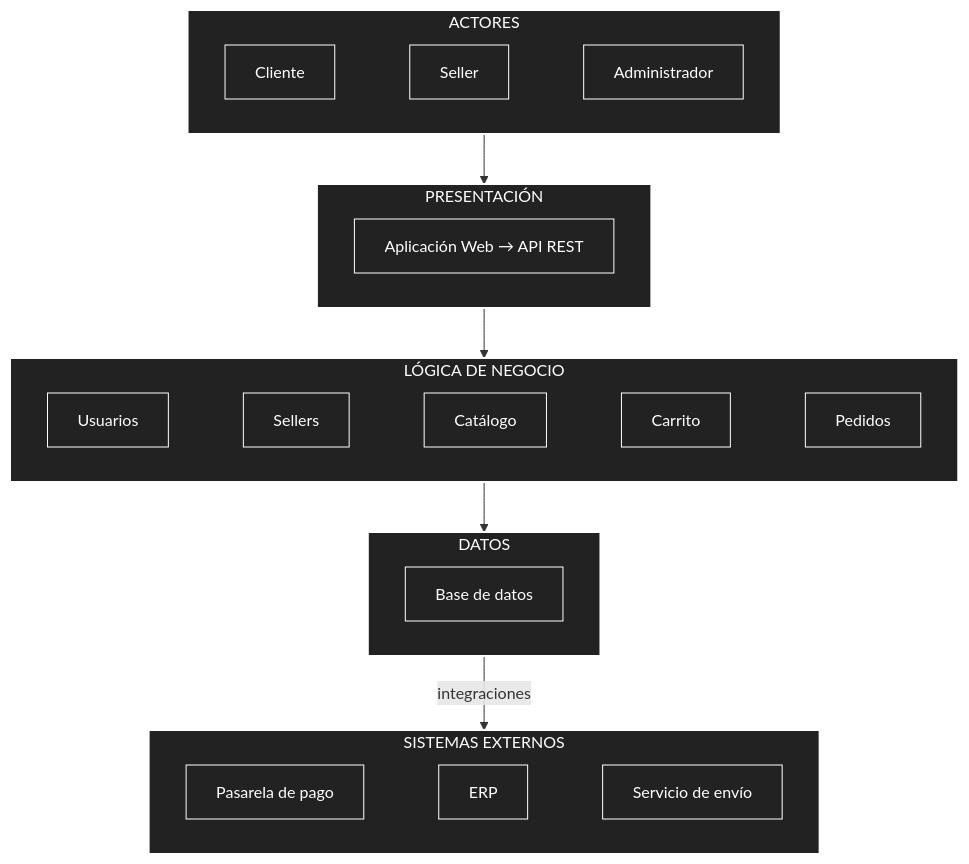
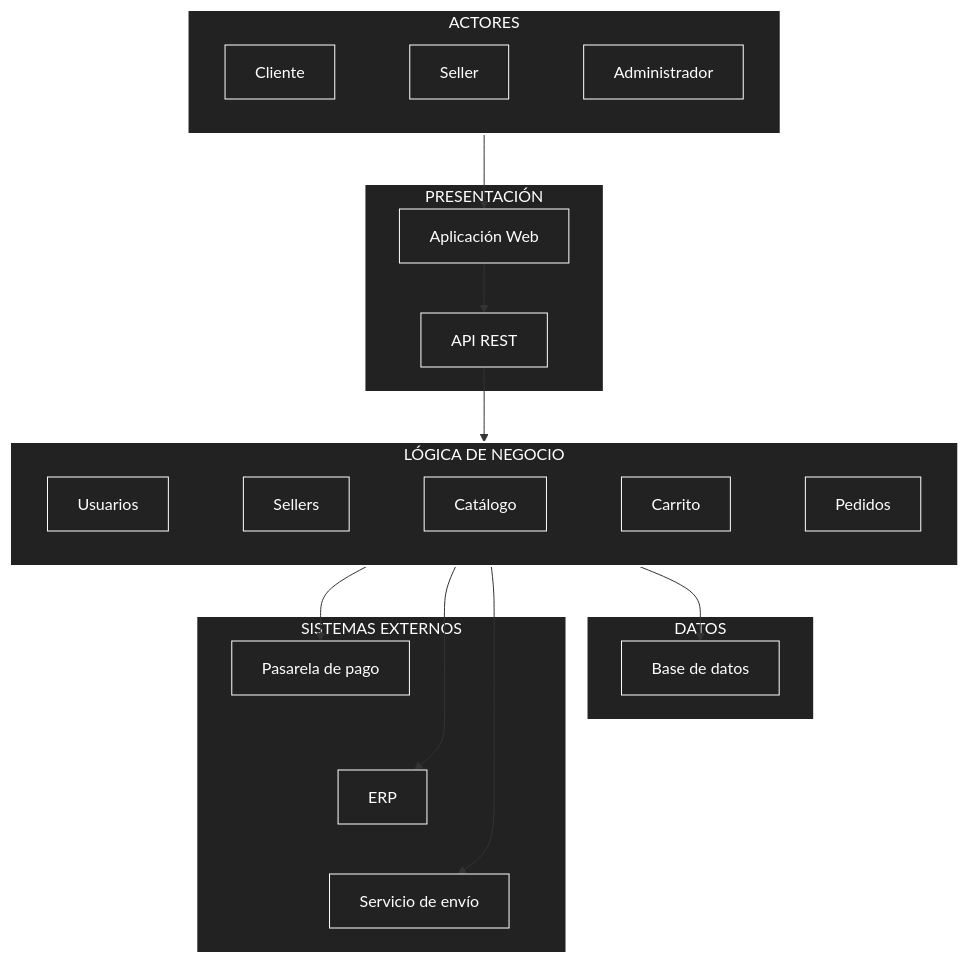
Before and after one commit to Crisso29/Marketplace-arquitSoft-02-CrisologoAguilar: the diagram in docs/02-arquitectura-de-software/arquitectura-inicial.md, drawn with Mermaid. The commit also changed other lines of this file and 14 other files, not shown here.

````diff
--- a/docs/02-arquitectura-de-software/arquitectura-inicial.md
+++ b/docs/02-arquitectura-de-software/arquitectura-inicial.md
@@ -3,62 +5,79 @@
 ```mermaid
 flowchart TD
+
 %% =========================
 %% ACTORES
 %% =========================
 subgraph ACTORES["ACTORES"]
-Cliente["Cliente"]
-Seller["Seller"]
-Admin["Administrador"]
+    Cliente["Cliente"]
+    Seller["Seller"]
+    Admin["Administrador"]
 end
+
 %% =========================
 %% PRESENTACIÓN
 %% =========================
 subgraph PRESENTACION["PRESENTACIÓN"]
-Web["Aplicación Web → API REST"]
+    Web["Aplicación Web"]
+    API["API REST"]
 end
+
 %% =========================
 %% LÓGICA DE NEGOCIO
 %% =========================
 subgraph NEGOCIO["LÓGICA DE NEGOCIO"]
-Usuarios["Usuarios"]
-Sellers["Sellers"]
-Catalogo["Catálogo"]
-Carrito["Carrito"]
-Pedidos["Pedidos"]
+    Usuarios["Usuarios"]
+    Sellers["Sellers"]
+    Catalogo["Catálogo"]
+    Carrito["Carrito"]
+    Pedidos["Pedidos"]
 end
+
 %% =========================
 %% DATOS
 %% =========================
 subgraph DATOS["DATOS"]
-BD["Base de datos"]
+    BD["Base de datos"]
 end
+
 %% =========================
 %% SISTEMAS EXTERNOS
 %% =========================
 subgraph EXTERNOS["SISTEMAS EXTERNOS"]
-Pago["Pasarela de pago"]
-ERP["ERP"]
-Envio["Servicio de envío"]
+    Pago["Pasarela de pago"]
+    ERP["ERP"]
+    Envio["Servicio de envío"]
 end
+
 %% =========================
 %% FLUJO PRINCIPAL
 %% =========================
-ACTORES --> PRESENTACION
-PRESENTACION --> NEGOCIO
-NEGOCIO --> DATOS
-%% Integraciones
-DATOS -->|"integraciones"| EXTERNOS
+ACTORES --> Web
+Web --> API
+API --> NEGOCIO
+NEGOCIO --> BD
+
+%% =========================
+%% INTEGRACIONES EXTERNAS
+%% =========================
+NEGOCIO --> Pago
+NEGOCIO --> ERP
+NEGOCIO --> Envio
+
 %% =========================
 %% DISTRIBUCIÓN HORIZONTAL
 %% =========================
 Cliente ~~~ Seller
 Seller ~~~ Admin
+
 Usuarios ~~~ Sellers
 Sellers ~~~ Catalogo
 Catalogo ~~~ Carrito
 Carrito ~~~ Pedidos
+
 Pago ~~~ ERP
 ERP ~~~ Envio
+
 %% =========================
 %% ESTILOS
 %% =========================
@@ -67,16 +86,22 @@
 style NEGOCIO fill:#222,stroke:#fff,stroke-width:2px,color:#fff
 style DATOS fill:#222,stroke:#fff,stroke-width:2px,color:#fff
 style EXTERNOS fill:#222,stroke:#fff,stroke-width:2px,color:#fff
+
 style Cliente fill:#222,stroke:#fff,color:#fff
 style Seller fill:#222,stroke:#fff,color:#fff
 style Admin fill:#222,stroke:#fff,color:#fff
+
 style Web fill:#222,stroke:#fff,color:#fff
+style API fill:#222,stroke:#fff,color:#fff
+
 style Usuarios fill:#222,stroke:#fff,color:#fff
 style Sellers fill:#222,stroke:#fff,color:#fff
 style Catalogo fill:#222,stroke:#fff,color:#fff
 style Carrito fill:#222,stroke:#fff,color:#fff
 style Pedidos fill:#222,stroke:#fff,color:#fff
+
 style BD fill:#222,stroke:#fff,color:#fff
+
 style Pago fill:#222,stroke:#fff,color:#fff
 style ERP fill:#222,stroke:#fff,color:#fff
 style Envio fill:#222,stroke:#fff,color:#fff
````
